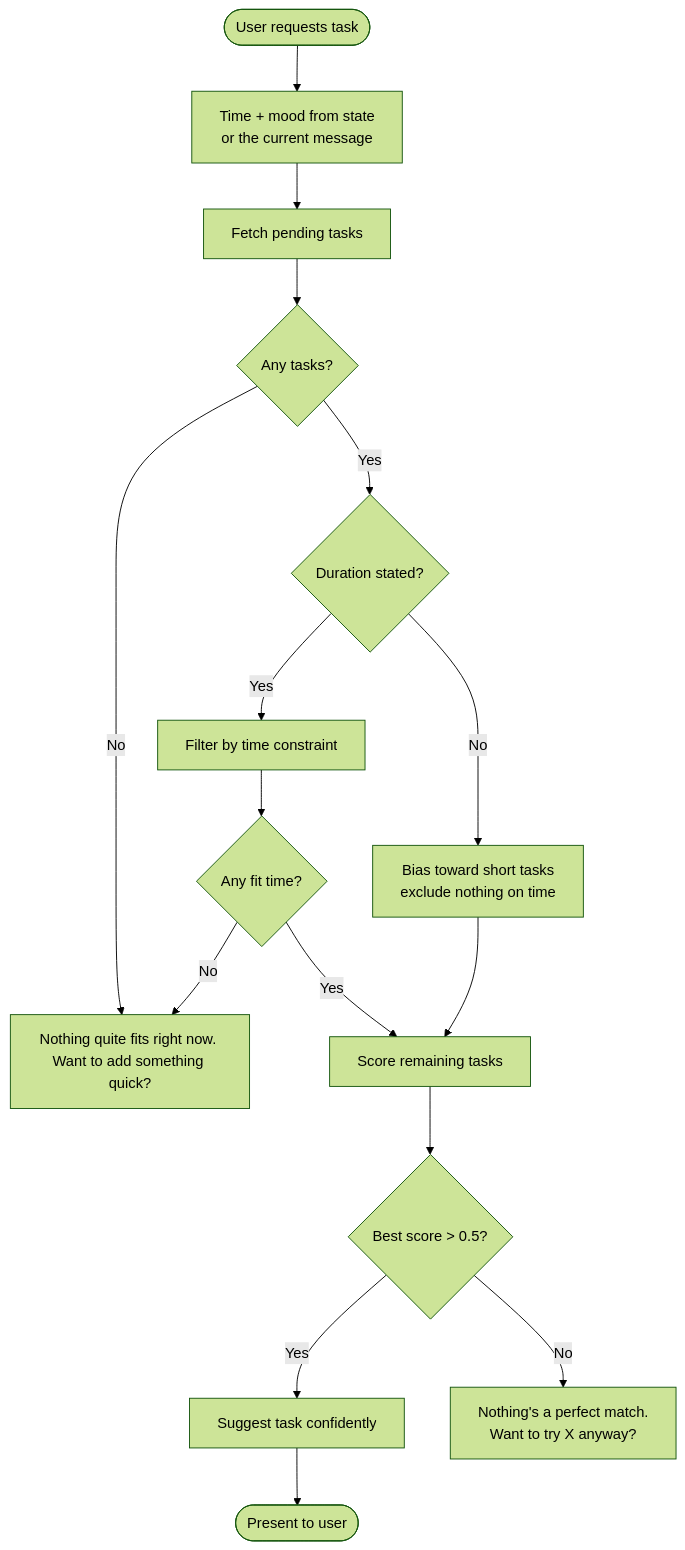
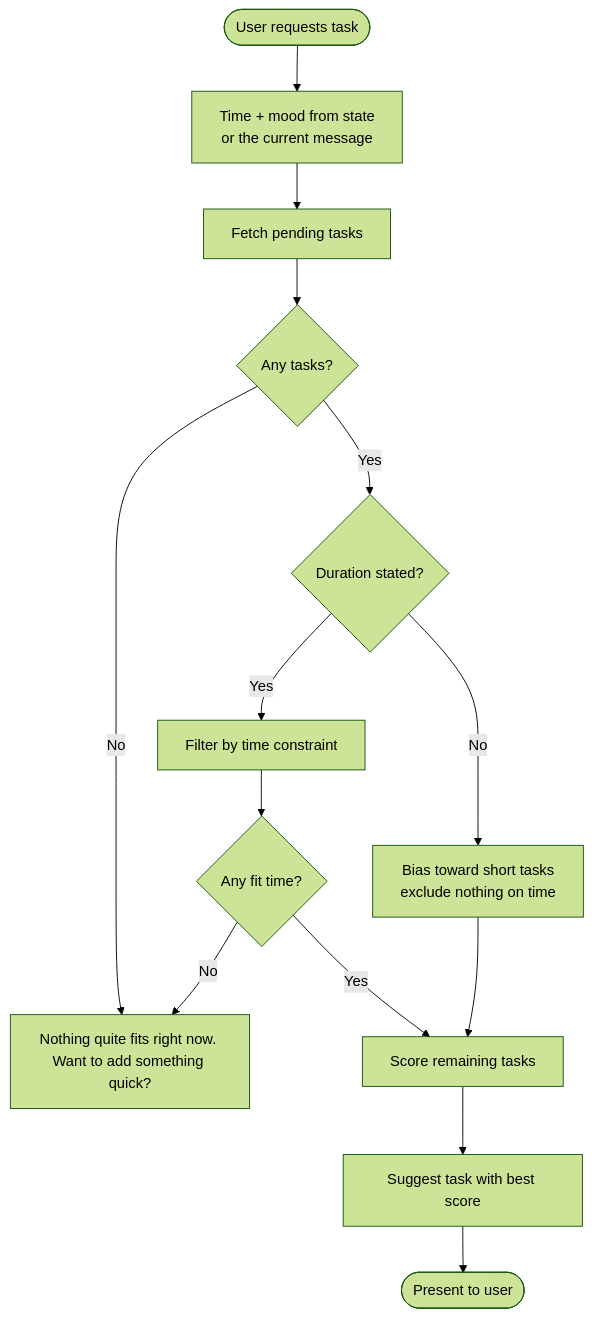
The sixth of 28 diagrams in docs/user-interactions.md (NickBorgersProbably/hide-my-list), drawn with Mermaid (forest theme) before and after one commit. The commit also changed other lines of this file and 4 other files, not shown here.

````diff
--- a/docs/user-interactions.md
+++ b/docs/user-interactions.md
@@ -176,22 +176,20 @@
 ```mermaid
 flowchart TD
     Request([User requests task]) --> ParseContext[Time + mood from state<br/>or the current message]
     ParseContext --> FetchTasks[Fetch pending tasks]
     FetchTasks --> HasTasks{Any tasks?}
 
     HasTasks -->|No| NoMatch["Nothing quite fits right now. Want to add something quick?"]
     HasTasks -->|Yes| KnownTime{Duration stated?}
     KnownTime -->|Yes| FilterTime[Filter by time constraint]
     KnownTime -->|No| ShortBias[Bias toward short tasks<br/>exclude nothing on time]
     ShortBias --> ScoreTasks
 
     FilterTime --> HasMatches{Any fit time?}
     HasMatches -->|No| NoMatch
     HasMatches -->|Yes| ScoreTasks[Score remaining tasks]
 
-    ScoreTasks --> BestScore{Best score > 0.5?}
-    BestScore -->|Yes| Suggest[Suggest task confidently]
-    BestScore -->|No| Unsure["Nothing's a perfect match.<br/>Want to try X anyway?"]
+    ScoreTasks --> Suggest[Suggest task with best score]
 
     Suggest --> Present([Present to user])
 ```
````
